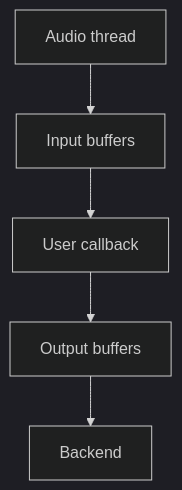
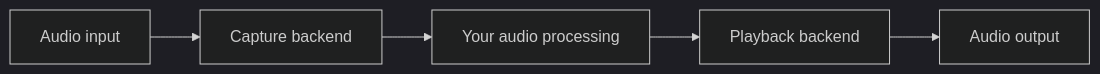
Before and after one commit to Mika-42/mka-audio-core: the diagram in README.md, drawn with Mermaid (dark theme). The commit also changed other lines of this file, not shown here.

Commit message:
docs: shorten the README and clarify backend support

````diff
--- a/README.md
+++ b/README.md
@@ -481,13 +16,7 @@
 ```mermaid
-flowchart TD
-    AUDIO["Audio thread"]
-    INPUT["Input buffers"]
-    CALLBACK["User callback"]
-    OUTPUT["Output buffers"]
-    BACKEND["Backend"]
-
-    AUDIO --> INPUT
-    INPUT --> CALLBACK
-    CALLBACK --> OUTPUT
-    OUTPUT --> BACKEND
+flowchart LR
+    INPUT["Audio input"] --> CAPTURE["Capture backend"]
+    CAPTURE --> PROCESS["Your audio processing"]
+    PROCESS --> PLAYBACK["Playback backend"]
+    PLAYBACK --> OUTPUT["Audio output"]
 ```
````
